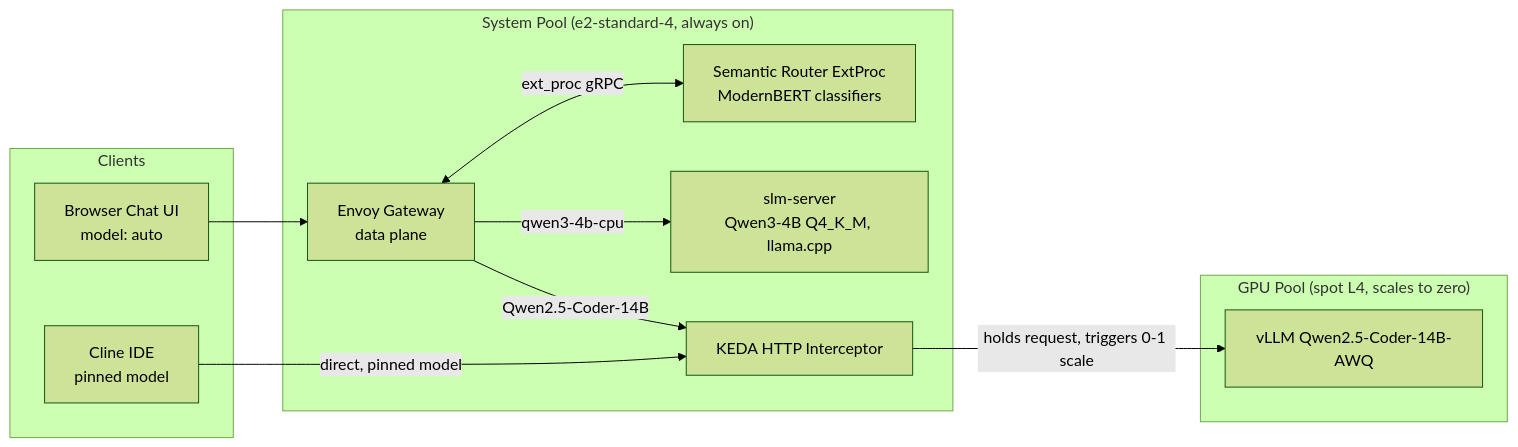
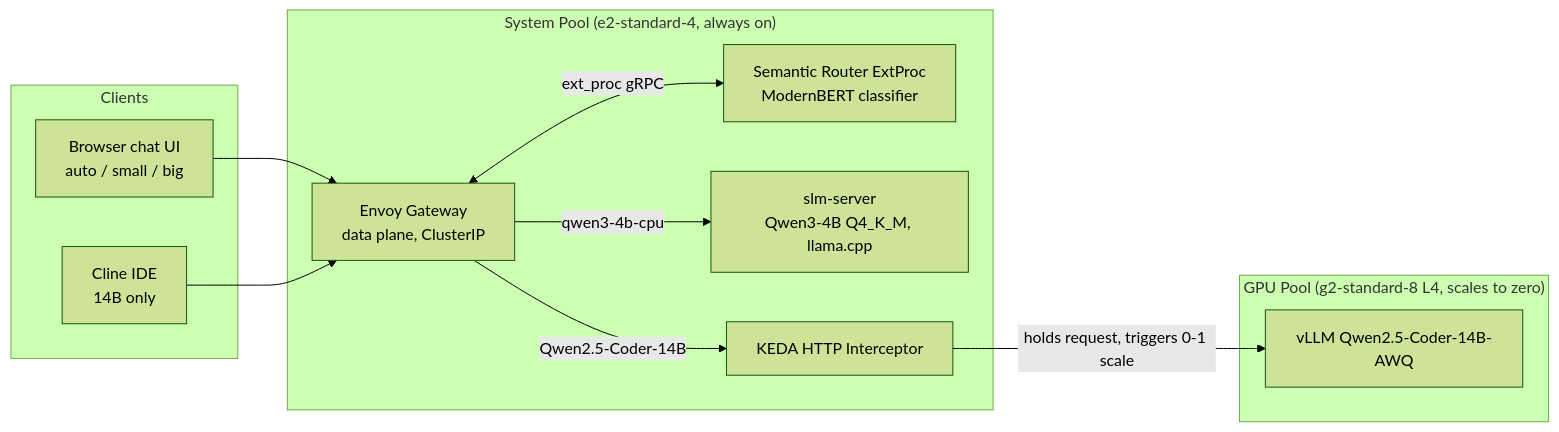
The diagram in docs/semantic-routing-walkthrough.md (iheb24/vllm-gke), drawn with Mermaid (forest theme) before and after one commit. The commit also changed other lines of this file and 6 other files, not shown here.

````diff
--- a/docs/semantic-routing-walkthrough.md
+++ b/docs/semantic-routing-walkthrough.md
@@ -8,25 +8,25 @@
 ```mermaid
 flowchart LR
     subgraph Clients
-        ChatUI[Browser Chat UI<br/>model: auto]
-        Cline[Cline IDE<br/>pinned model]
+        UI[Browser chat UI<br/>auto / small / big]
+        Cline[Cline IDE<br/>14B only]
     end
 
     subgraph SystemPool["System Pool (e2-standard-4, always on)"]
-        Envoy[Envoy Gateway<br/>data plane]
-        SR[Semantic Router ExtProc<br/>ModernBERT classifiers]
+        Envoy[Envoy Gateway<br/>data plane, ClusterIP]
+        SR[Semantic Router ExtProc<br/>ModernBERT classifier]
         SLM[slm-server<br/>Qwen3-4B Q4_K_M, llama.cpp]
         Interceptor[KEDA HTTP Interceptor]
     end
 
-    subgraph GPUPool["GPU Pool (spot L4, scales to zero)"]
+    subgraph GPUPool["GPU Pool (g2-standard-8 L4, scales to zero)"]
         VLLM[vLLM Qwen2.5-Coder-14B-AWQ]
     end
 
-    Cline -->|direct, pinned model| Interceptor
-    ChatUI --> Envoy
+    UI --> Envoy
+    Cline --> Envoy
     Envoy <-->|ext_proc gRPC| SR
     Envoy -->|qwen3-4b-cpu| SLM
     Envoy -->|Qwen2.5-Coder-14B| Interceptor
     Interceptor -->|holds request, triggers 0-1 scale| VLLM
 ```
````
